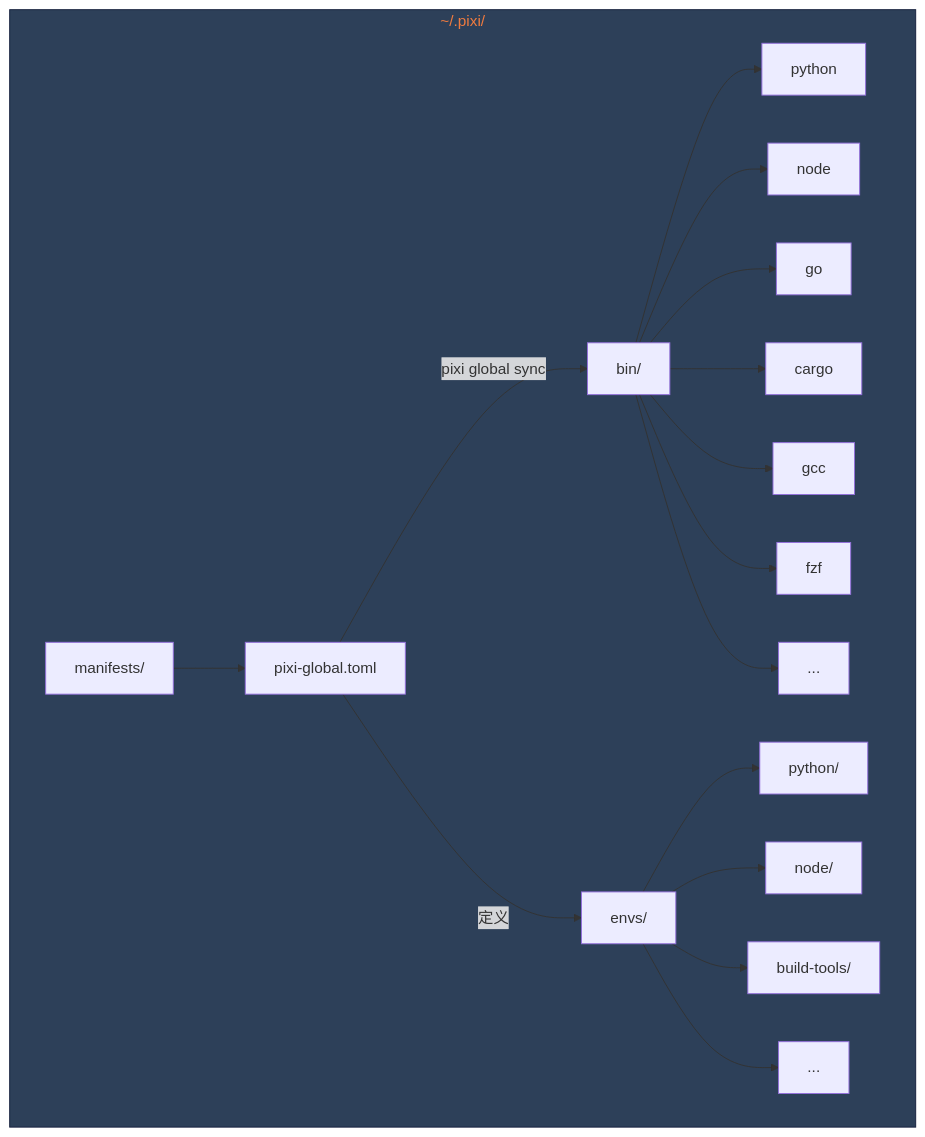
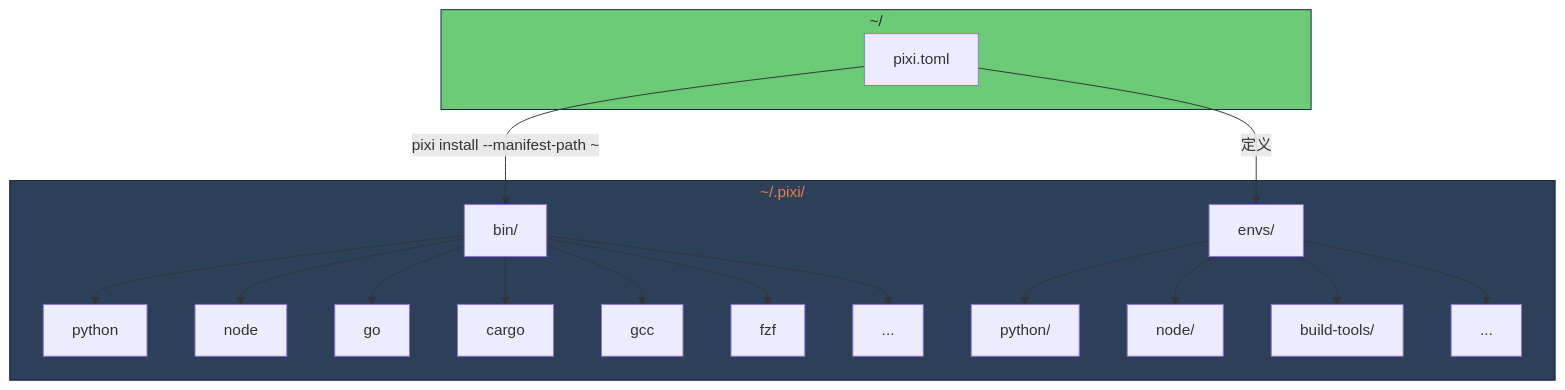
One commit to Learner-Geek-Perfectionist/Dotfiles changed the fifth of 7 diagrams in docs/flowchart.md. Above: the diagram before and after it, drawn with Mermaid. The commit also changed other lines of this file and 5 other files, not shown here.

````diff
--- a/docs/flowchart.md
+++ b/docs/flowchart.md
@@ -178,24 +178,27 @@
 ```mermaid
 graph TB
+    subgraph Home["~/"]
+        B[pixi.toml]
+    end
+
     subgraph Pixi["~/.pixi/"]
         A[bin/] --> A1[python]
         A --> A2[node]
         A --> A3[go]
         A --> A4[cargo]
         A --> A5[gcc]
         A --> A6[fzf]
         A --> A7[...]
         
-        B[manifests/] --> B1[pixi-global.toml]
-        
         C[envs/] --> C1[python/]
         C --> C2[node/]
         C --> C3[build-tools/]
         C --> C4[...]
     end
 
-    B1 -->|pixi global sync| A
-    B1 -->|定义| C
+    B -->|pixi install --manifest-path ~| A
+    B -->|定义| C
 
+    style Home fill:#6bcb77,stroke:#16213e,color:#222831
     style Pixi fill:#2d4059,stroke:#16213e,color:#f07b3f
 ```
````
